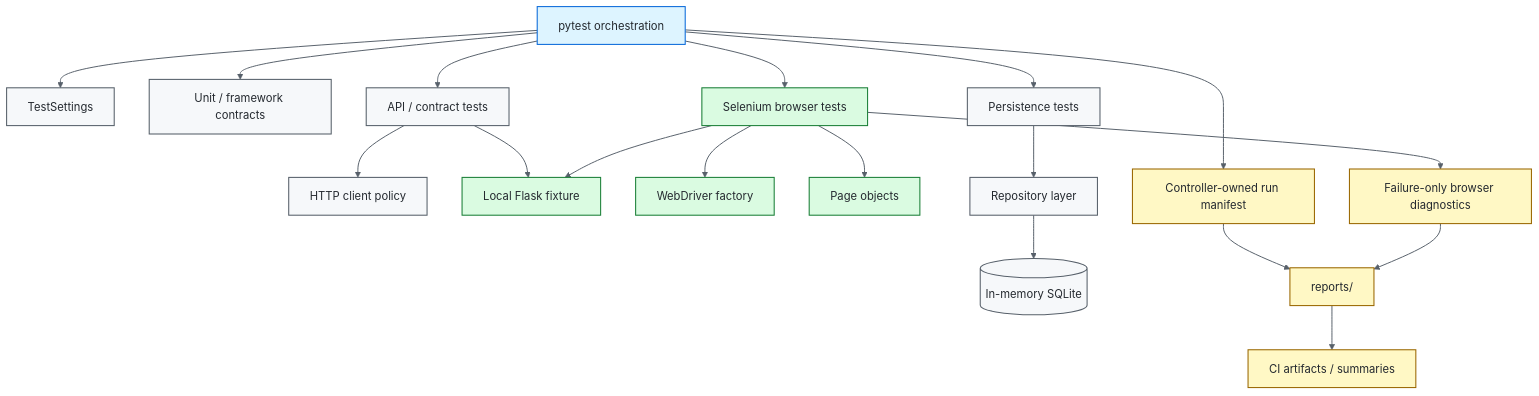
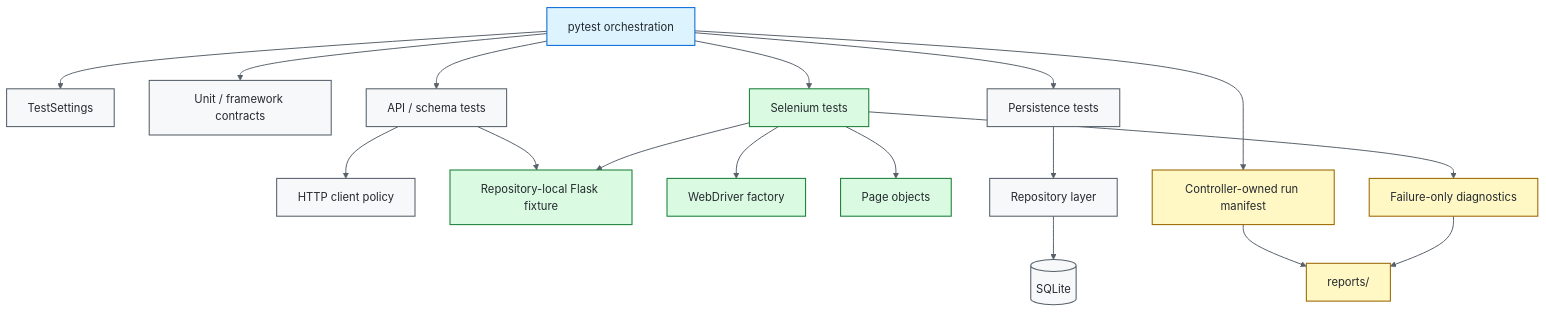
Before and after one commit to portyu9/qa-automation-python-pytest: the diagram in README.md, drawn with Mermaid. The commit also changed other lines of this file, not shown here.

Commit message:
Polish pytest framework README

````diff
--- a/README.md
+++ b/README.md
@@ -103,31 +40,29 @@
 ```mermaid
 flowchart TD
-    PYTEST[pytest orchestration]
-    PYTEST --> CFG[TestSettings]
+    PYTEST[pytest orchestration] --> CFG[TestSettings]
     PYTEST --> UNIT[Unit / framework contracts]
-    PYTEST --> API[API / contract tests]
+    PYTEST --> API[API / schema tests]
     PYTEST --> DB[Persistence tests]
-    PYTEST --> UI[Selenium browser tests]
-    API --> CLIENT[HTTP client policy]
-    API --> MOCK[Local Flask fixture]
+    PYTEST --> UI[Selenium tests]
+    API --> HTTP[HTTP client policy]
+    API --> FIX[Repository-local Flask fixture]
     UI --> DRIVER[WebDriver factory]
-    UI --> PAGES[Page objects]
-    UI --> MOCK
+    UI --> PAGE[Page objects]
+    UI --> FIX
     DB --> REPO[Repository layer]
-    REPO --> SQLITE[(In-memory SQLite)]
+    REPO --> SQLITE[(SQLite)]
     PYTEST --> MAN[Controller-owned run manifest]
-    UI --> DIAG[Failure-only browser diagnostics]
+    UI --> DIAG[Failure-only diagnostics]
     MAN --> REPORTS[reports/]
     DIAG --> REPORTS
-    REPORTS --> CI[CI artifacts / summaries]
 
     classDef entry fill:#ddf4ff,stroke:#0969da,color:#24292f,stroke-width:1.5px;
     classDef core fill:#f6f8fa,stroke:#57606a,color:#24292f,stroke-width:1.5px;
     classDef boundary fill:#dafbe1,stroke:#1a7f37,color:#24292f,stroke-width:1.5px;
     classDef evidence fill:#fff8c5,stroke:#9a6700,color:#24292f,stroke-width:1.5px;
     class PYTEST entry;
-    class CFG,UNIT,API,DB,CLIENT,REPO,SQLITE core;
-    class UI,DRIVER,PAGES,MOCK boundary;
-    class MAN,DIAG,REPORTS,CI evidence;
+    class CFG,UNIT,API,DB,HTTP,REPO,SQLITE core;
+    class UI,DRIVER,PAGE,FIX boundary;
+    class MAN,DIAG,REPORTS evidence;
     linkStyle default stroke:#57606a,stroke-width:1.4px;
 ```
````
